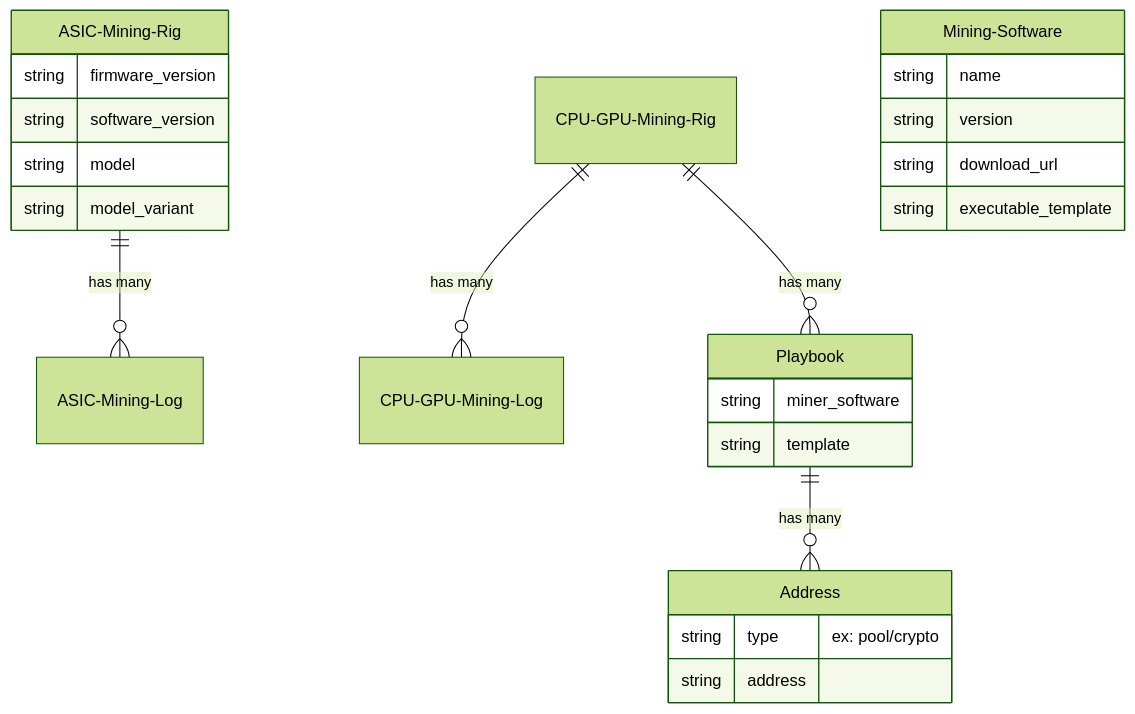
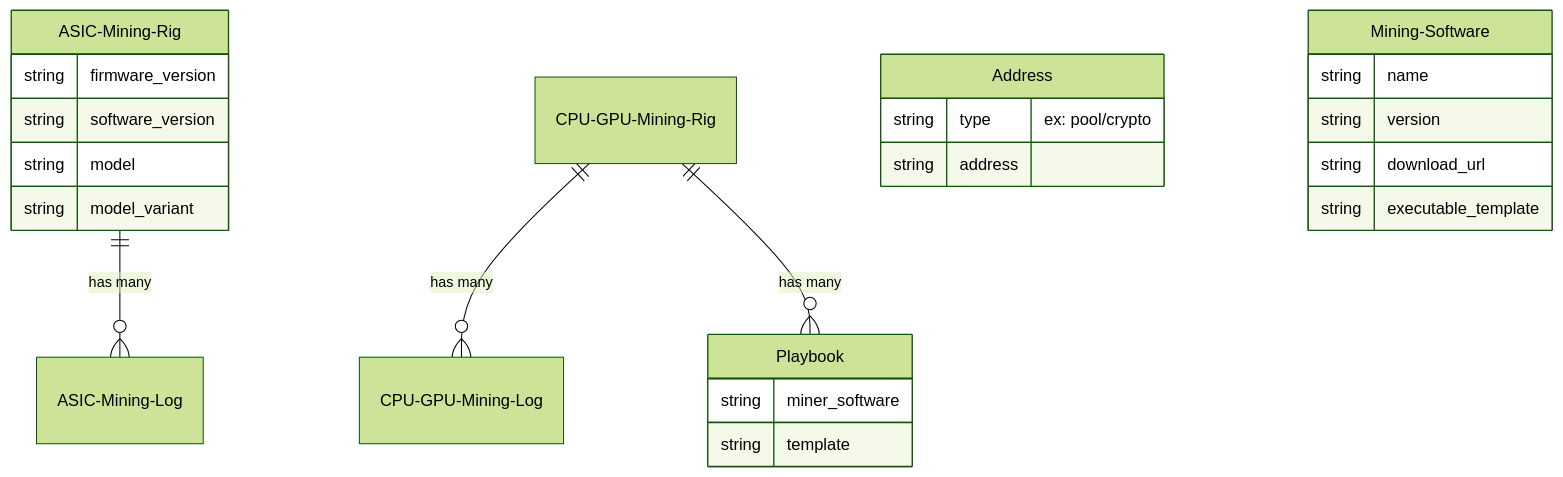
One commit to nguyenvinhlinh/Mining-Rig-Monitor-Document changed diagram 12 of 12 in docs/index.md. Above: the diagram before and after it, drawn with Mermaid (forest theme). The commit also changed other lines of this file, not shown here.

Commit message:
add feature diagrams.

````diff
--- a/docs/index.md
+++ b/docs/index.md
@@ -226,31 +296,32 @@
 ```mermaid
 erDiagram
     ASIC-Mining-Rig ||--o{ ASIC-Mining-Log : "has many"
     CPU-GPU-Mining-Rig ||--o{ CPU-GPU-Mining-Log : "has many"
     CPU-GPU-Mining-Rig ||--o{ Playbook : "has many"
-    Playbook ||--o{ Address: "has many"
+
 
     Address {
         string type "ex: pool/crypto"
         string address
     }
 
     Playbook {
         string miner_software
         string template
     }
 
     Mining-Software {
         string name
         string version
         string download_url
         string executable_template
     }
 
     ASIC-Mining-Rig {
         string firmware_version
         string software_version
         string model
         string model_variant
     }
+
 ```
````
